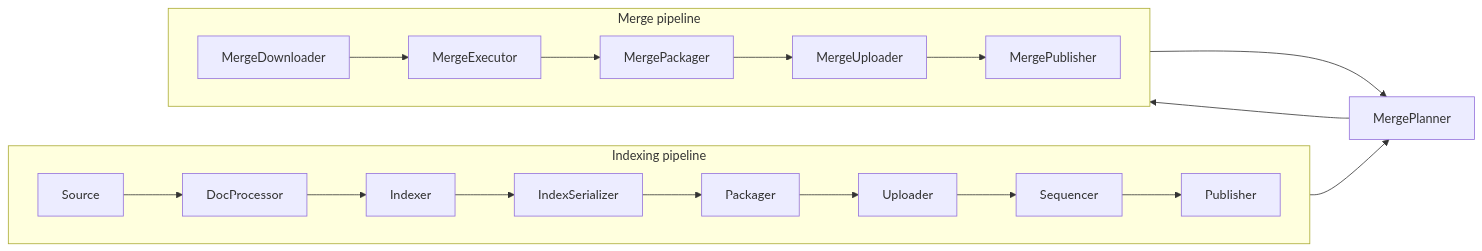
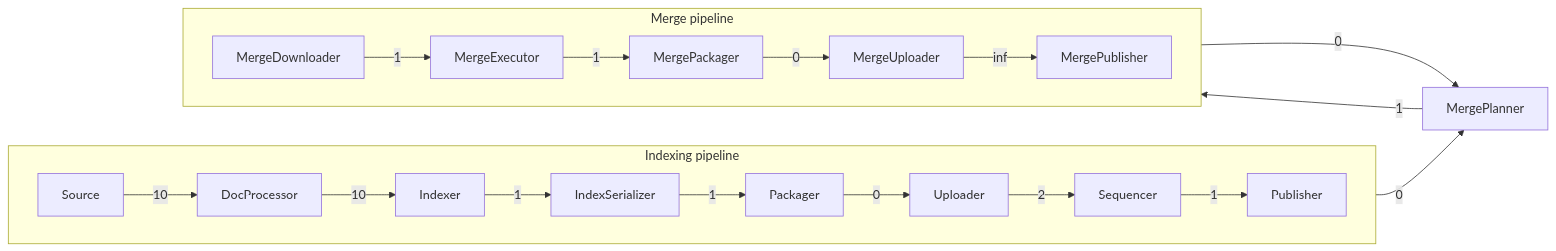
One commit to quickwit-oss/quickwit changed the diagram in quickwit/quickwit-indexing/README.md. Above: the diagram before and after it, drawn with Mermaid. The commit also changed 2 other files, not shown here.

Commit message:
Added Backpressure all along the pipe.
Closes #2164

````diff
--- a/quickwit/quickwit-indexing/README.md
+++ b/quickwit/quickwit-indexing/README.md
@@ -1,23 +1,23 @@
 ```mermaid
 flowchart LR
     subgraph Indexing pipeline
         direction LR
-        source[Source] --> doc_processor
-        doc_processor[DocProcessor] --> indexer
-        indexer[Indexer] --> serializer
-        serializer[IndexSerializer] --> packager
-        packager[Packager] --> uploader
-        uploader[Uploader] --> sequencer
-        sequencer[Sequencer] --> publisher
+        source[Source] --10--> doc_processor
+        doc_processor[DocProcessor] --10--> indexer
+        indexer[Indexer] --1--> serializer
+        serializer[IndexSerializer] --1--> packager
+        packager[Packager] --0--> uploader
+        uploader[Uploader] --2--> sequencer
+        sequencer[Sequencer] --1--> publisher
     end
     subgraph Merge pipeline
         direction LR
-        merge_downloader[MergeDownloader] --> merge_executor
-        merge_executor[MergeExecutor] --> merge_packager
-        merge_packager[MergePackager] --> merge_uploader
-        merge_uploader[MergeUploader] --> merge_publisher
+        merge_downloader[MergeDownloader] --1--> merge_executor
+        merge_executor[MergeExecutor] --1--> merge_packager
+        merge_packager[MergePackager] --0--> merge_uploader
+        merge_uploader[MergeUploader] --inf--> merge_publisher
     end
-    merge_planner[MergePlanner] --> merge_downloader
-    merge_publisher[MergePublisher] --> merge_planner
-    publisher[Publisher] --> merge_planner
+    merge_planner[MergePlanner] --1--> merge_downloader
+    merge_publisher[MergePublisher] --0--> merge_planner
+    publisher[Publisher] --0--> merge_planner
 ```
````
